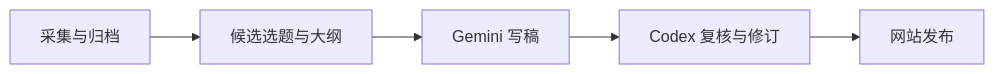
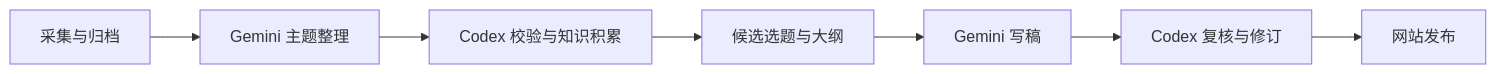
The diagram in README.md (guiyang882/news-claw), drawn with Mermaid before and after one commit. The commit also changed other lines of this file and 30 other files, not shown here.

Commit message:
Add Gemini topic workflows with Codex-reviewed knowledge

````diff
--- a/README.md
+++ b/README.md
@@ -9,7 +9,9 @@
 ```mermaid
 flowchart LR
-    A[采集与归档] --> B[候选选题与大纲]
+    A[采集与归档] --> S[Gemini 主题整理]
+    S --> V[Codex 校验与知识积累]
+    V --> B[候选选题与大纲]
     B --> C[Gemini 写稿]
     C --> D[Codex 复核与修订]
     D --> E[网站发布]
 ```
````
